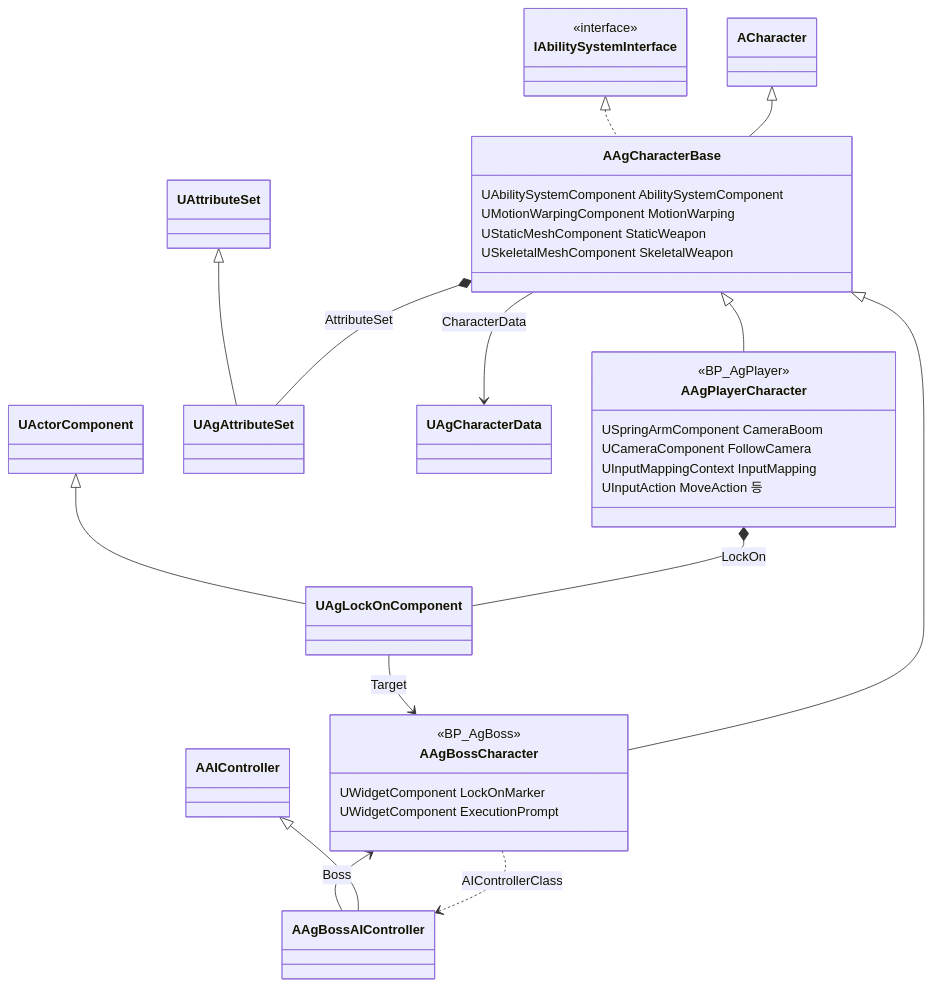
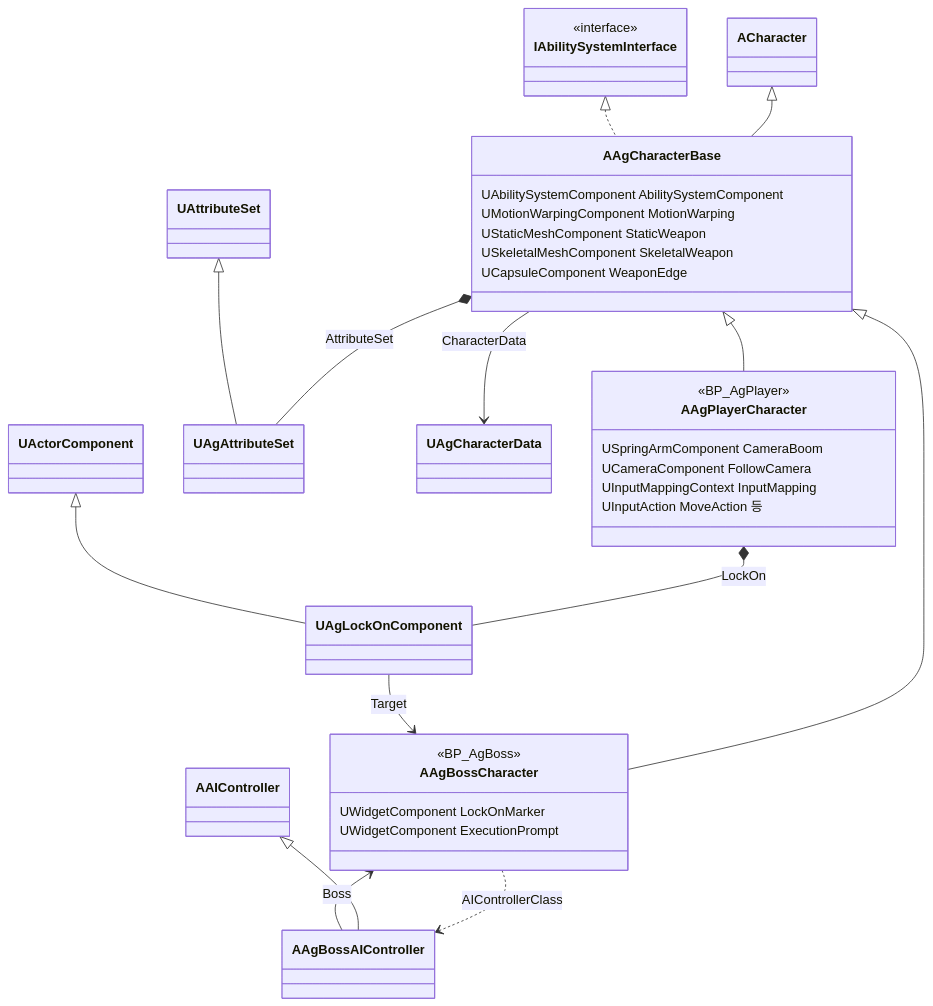
One commit to Woogl/Ag changed the second of 19 diagrams in Docs/Program/클래스 구조도.md. Above: the diagram before and after it, drawn with Mermaid. The commit also changed 1 other file, not shown here.

Commit message:
구현 계획서: 무기 날은 캐릭터 블루프린트의 캡슐 컴포넌트로 ('공격 판정', 데이터 위치표)
- 무기 날은 무기와 같은 소켓에 붙는 캡슐 컴포넌트(WeaponEdge, 충돌 없음)로 정하고, 캡슐 양 끝의
  선분을 캡슐 반지름의 구로 스윕합니다. 프레임 사이를 나눠 스윕하는 방식은 그대로입니다.
- 위치, 회전, 크기는 BP_AgPlayer·BP_AgBoss에 적습니다(DA의 WeaponEdgeStart·End·Radius 대신).
- 클래스 구조도의 AAgCharacterBase 멤버에 WeaponEdge를 더했습니다.

````diff
--- a/Docs/Program/클래스 구조도.md
+++ b/Docs/Program/클래스 구조도.md
@@ -58,39 +58,40 @@
 ```mermaid
 classDiagram
     direction TB
     class IAbilitySystemInterface {
         <<interface>>
     }
     class AAgCharacterBase {
         UAbilitySystemComponent AbilitySystemComponent
         UMotionWarpingComponent MotionWarping
         UStaticMeshComponent StaticWeapon
         USkeletalMeshComponent SkeletalWeapon
+        UCapsuleComponent WeaponEdge
     }
     class AAgPlayerCharacter {
         <<BP_AgPlayer>>
         USpringArmComponent CameraBoom
         UCameraComponent FollowCamera
         UInputMappingContext InputMapping
         UInputAction MoveAction 등
     }
     class AAgBossCharacter {
         <<BP_AgBoss>>
         UWidgetComponent LockOnMarker
         UWidgetComponent ExecutionPrompt
     }
     ACharacter <|-- AAgCharacterBase
     IAbilitySystemInterface <|.. AAgCharacterBase
     AAgCharacterBase <|-- AAgPlayerCharacter
     AAgCharacterBase <|-- AAgBossCharacter
 
     AAgCharacterBase *-- UAgAttributeSet : AttributeSet
     UAttributeSet <|-- UAgAttributeSet
     AAgCharacterBase --> UAgCharacterData : CharacterData
     AAgPlayerCharacter *-- UAgLockOnComponent : LockOn
     UActorComponent <|-- UAgLockOnComponent
     UAgLockOnComponent --> AAgBossCharacter : Target
     AAgBossCharacter ..> AAgBossAIController : AIControllerClass
     AAIController <|-- AAgBossAIController
     AAgBossAIController --> AAgBossCharacter : Boss
 ```
````
